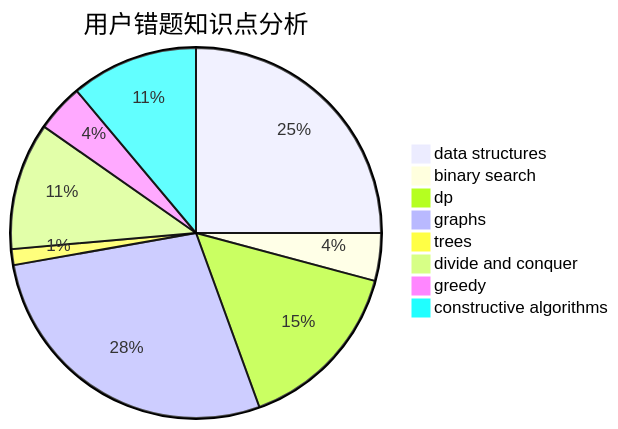
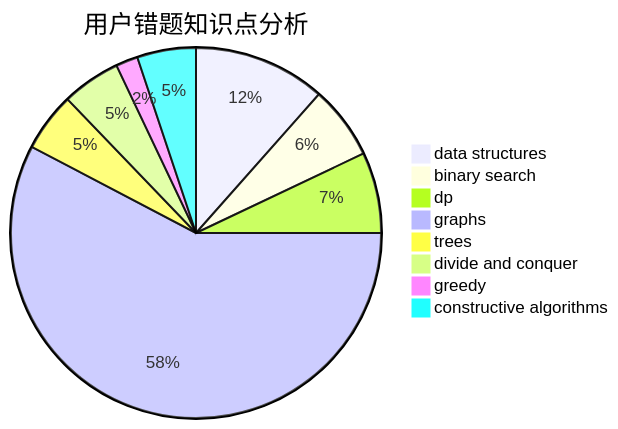
One commit to sherpahu/cfrs.github.io changed the third of 3 diagrams in docs/user/u2341.md. Above: the diagram before and after it, drawn with Mermaid. The commit also changed other lines of this file and 2770 other files, not shown here.

````diff
--- a/docs/user/u2341.md
+++ b/docs/user/u2341.md
@@ -36,11 +36,11 @@
 ```mermaid
 pie title 用户错题知识点分析
     "data structures" :  18
-    "binary search" :  3
+    "binary search" :  10
     "dp" :  11
-    "graphs" :  20
-    "trees" :  1
+    "graphs" :  90
+    "trees" :  8
     "divide and conquer" :  8
     "greedy" :  3
     "constructive algorithms" :  8
 ```
````
